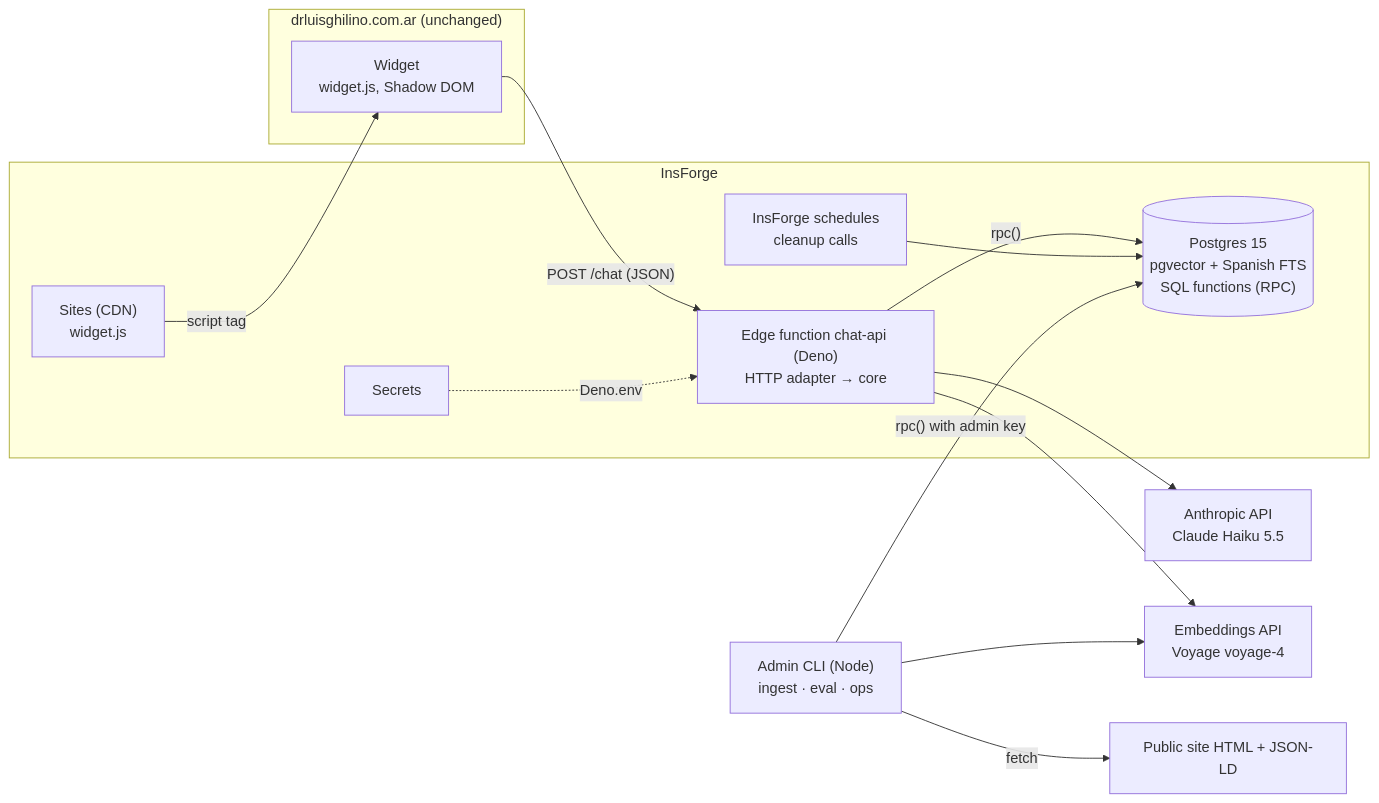
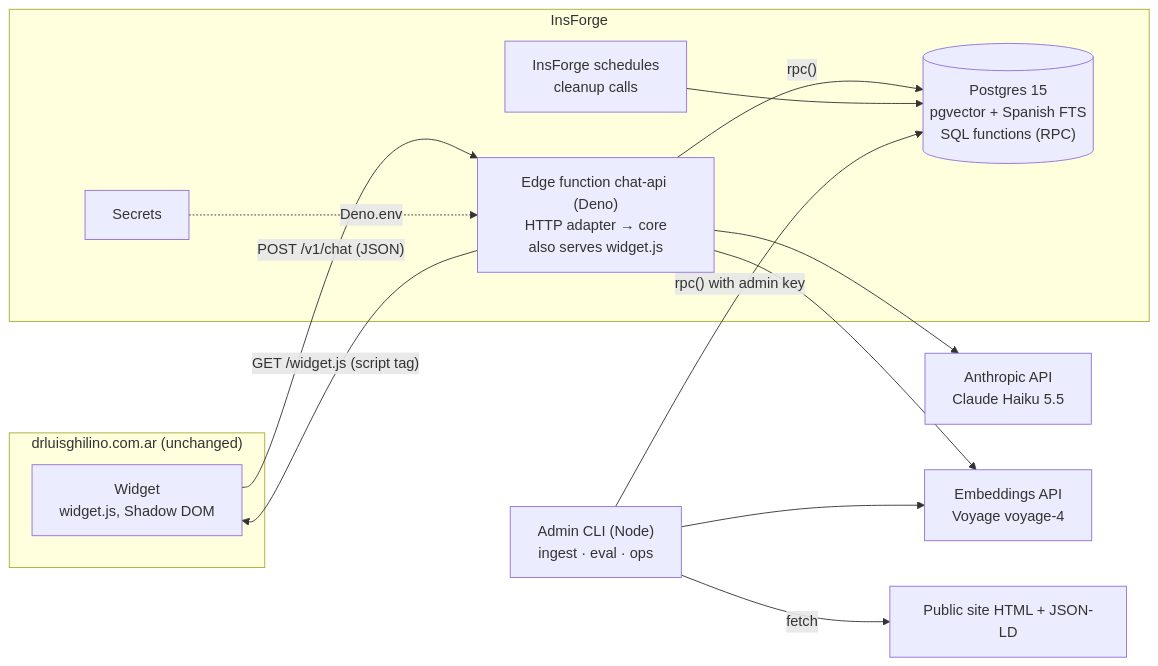
The first of 2 diagrams in ARCHITECTURE.md (tomasghilino/dr-ghilino-assistant), drawn with Mermaid before and after one commit. The commit also changed other lines of this file and 3 other files, not shown here.

First line of the commit message:
Phase 9: technical walkthrough, interview notes, architecture brought up to date

````diff
--- a/ARCHITECTURE.md
+++ b/ARCHITECTURE.md
@@ -27,28 +28,27 @@
 ```mermaid
 flowchart LR
   subgraph Browser["drluisghilino.com.ar (unchanged)"]
     W["Widget<br/>widget.js, Shadow DOM"]
   end
   subgraph InsForge
-    S["Sites (CDN)<br/>widget.js"]
-    F["Edge function chat-api (Deno)<br/>HTTP adapter → core"]
+    F["Edge function chat-api (Deno)<br/>HTTP adapter → core<br/>also serves widget.js"]
     DB[("Postgres 15<br/>pgvector + Spanish FTS<br/>SQL functions (RPC)")]
     CRON["InsForge schedules<br/>cleanup calls"]
     SEC["Secrets"]
   end
   A["Anthropic API<br/>Claude Haiku 5.5"]
   E["Embeddings API<br/>Voyage voyage-4"]
   CLI["Admin CLI (Node)<br/>ingest · eval · ops"]
   SITE["Public site HTML + JSON-LD"]
 
-  S -- "script tag" --> W
-  W -- "POST /chat (JSON)" --> F
+  F -- "GET /widget.js (script tag)" --> W
+  W -- "POST /v1/chat (JSON)" --> F
   F -- "rpc()" --> DB
   F --> A
   F --> E
   SEC -. "Deno.env" .-> F
   CRON --> DB
   CLI -- "fetch" --> SITE
   CLI --> E
   CLI -- "rpc() with admin key" --> DB
 ```
````
